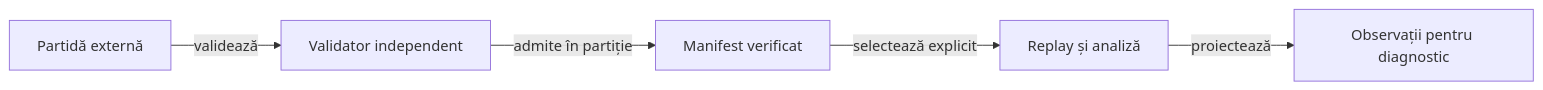
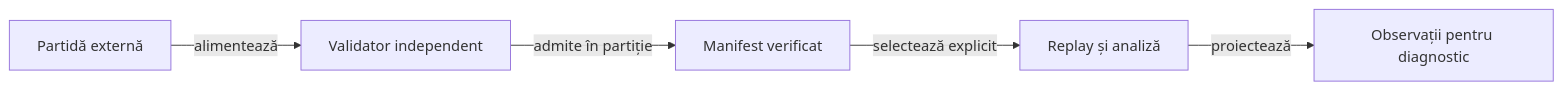
The diagram in docs/learning/ATF_Corpus.md (crististefanita/atf_j4), drawn with Mermaid before and after one commit. The commit also changed other lines of this file and 302 other files, not shown here.

````diff
--- a/docs/learning/ATF_Corpus.md
+++ b/docs/learning/ATF_Corpus.md
@@ -15,7 +15,7 @@
 ```mermaid
 flowchart LR
-    FILE[Partidă externă] -->|validează| ORACLE[Validator independent]
+    FILE[Partidă externă] -->|alimentează| ORACLE[Validator independent]
     ORACLE -->|admite în partiție| MANIFEST[Manifest verificat]
     MANIFEST -->|selectează explicit| REPLAY[Replay și analiză]
     REPLAY -->|proiectează| OBS[Observații pentru diagnostic]
 ```
````
